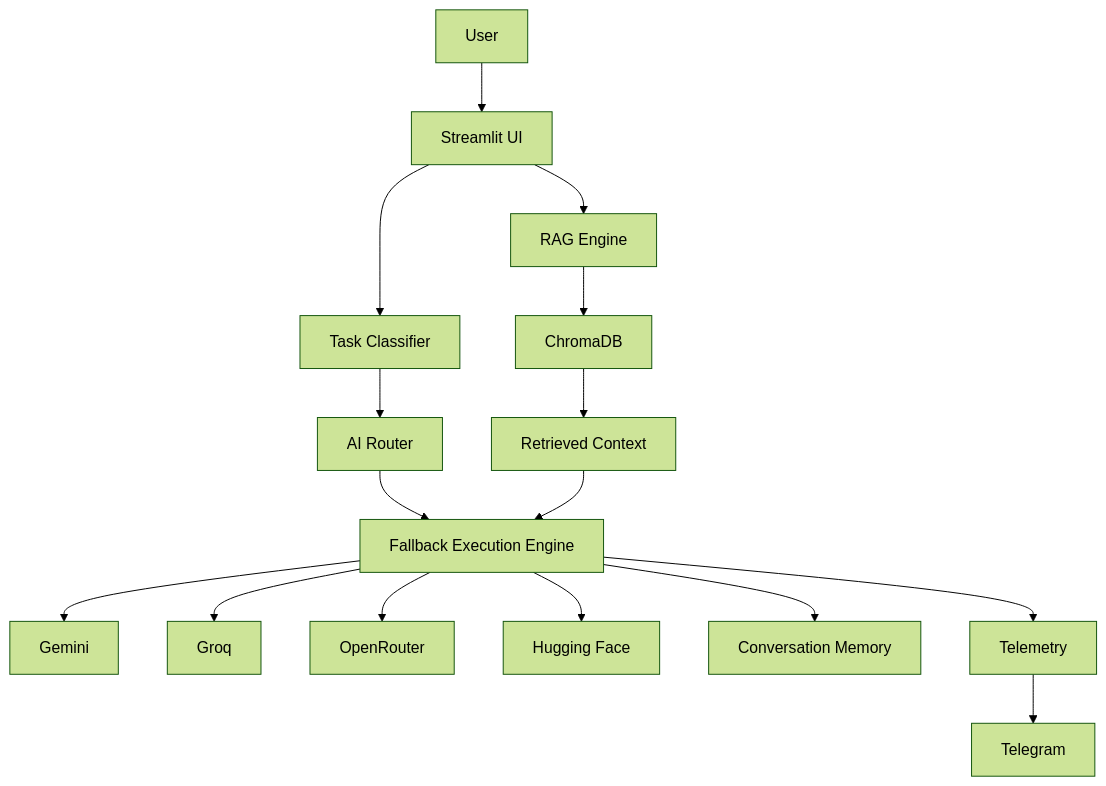
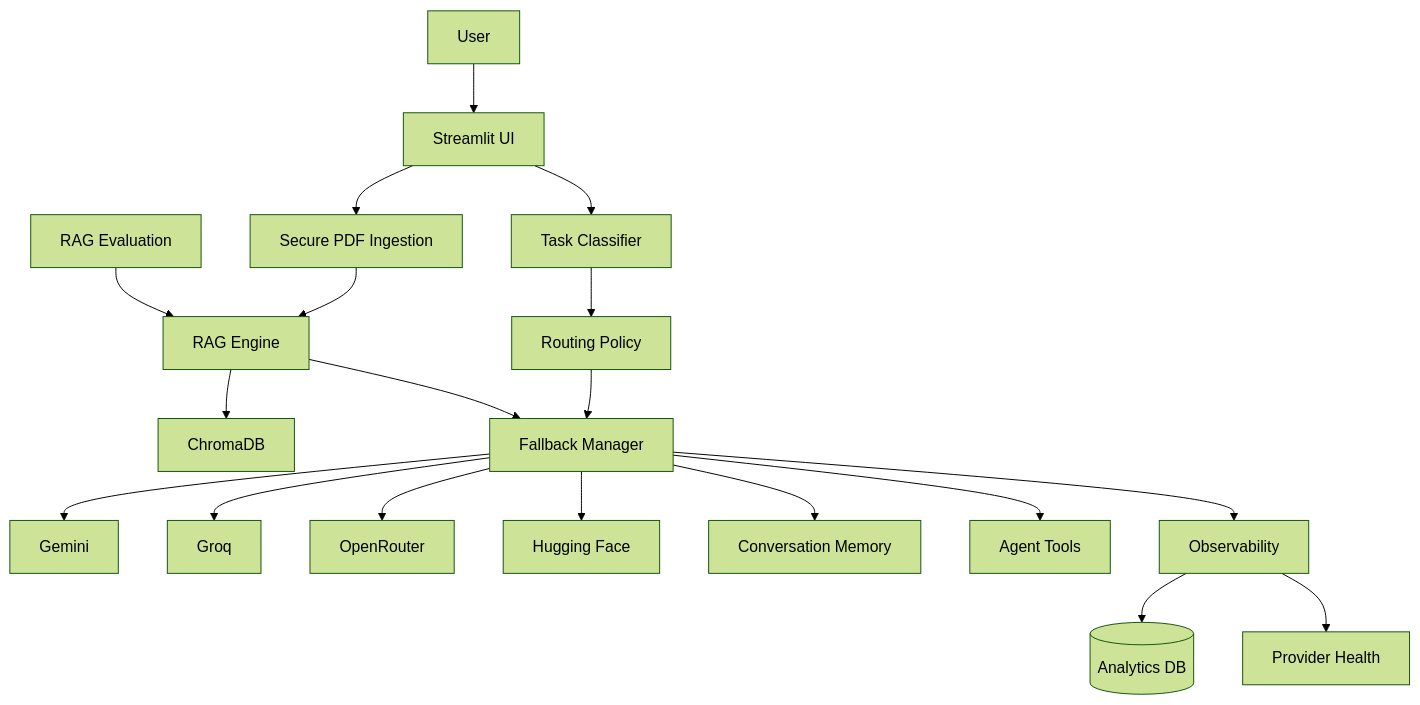
Before and after one commit to Piyu242005/NeuraFlow-AI: the diagram in README.md, drawn with Mermaid (forest theme). The commit also changed other lines of this file, not shown here.

Commit message:
docs: update NeuraFlow README for production architecture

````diff
--- a/README.md
+++ b/README.md
@@ -50,18 +37,21 @@
 ```mermaid
 graph TD
     U[User] --> UI[Streamlit UI]
-    UI --> R[Task Classifier]
-    R --> AR[AI Router]
-    AR --> FE[Fallback Execution Engine]
-    UI --> RG[RAG Engine]
-    RG --> CH[ChromaDB]
-    CH --> CTX[Retrieved Context]
-    CTX --> FE
-    FE --> G[Gemini]
-    FE --> GR[Groq]
-    FE --> OR[OpenRouter]
-    FE --> HF[Hugging Face]
-    FE --> MEM[Conversation Memory]
-    FE --> TEL[Telemetry]
-    TEL --> TG[Telegram]
+    UI --> ING[Secure PDF Ingestion]
+    ING --> RAG[RAG Engine]
+    RAG --> CH[ChromaDB]
+    UI --> CLS[Task Classifier]
+    CLS --> RP[Routing Policy]
+    RP --> FM[Fallback Manager]
+    RAG --> FM
+    FM --> G[Gemini]
+    FM --> GR[Groq]
+    FM --> OR[OpenRouter]
+    FM --> HF[Hugging Face]
+    FM --> MEM[Conversation Memory]
+    FM --> TOOLS[Agent Tools]
+    FM --> OBS[Observability]
+    OBS --> DB[(Analytics DB)]
+    OBS --> HEALTH[Provider Health]
+    EVAL[RAG Evaluation] --> RAG
 ```
````
